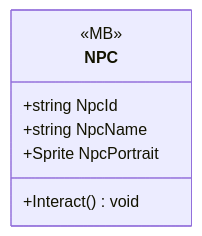
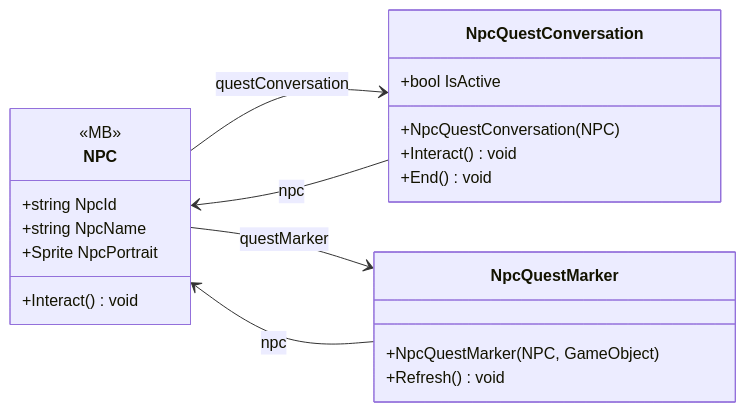
The diagram in docs/uml/modules/Gameplay_Entities_NPCs.md (PhumipatWave/project-ocean), drawn with Mermaid before and after one commit. The commit also changed other lines of this file and 71 other files, not shown here.

Commit message:
Update UML diagrams

````diff
--- a/docs/uml/modules/Gameplay_Entities_NPCs.md
+++ b/docs/uml/modules/Gameplay_Entities_NPCs.md
@@ -7,11 +7,25 @@
 ```mermaid
 classDiagram
   direction LR
   class NPC {
     <<MB>>
     +string NpcId
     +string NpcName
     +Sprite NpcPortrait
     +Interact() void
   }
+  class NpcQuestConversation {
+    +bool IsActive
+    +NpcQuestConversation(NPC)
+    +Interact() void
+    +End() void
+  }
+  class NpcQuestMarker {
+    +NpcQuestMarker(NPC, GameObject)
+    +Refresh() void
+  }
+  NPC --> NpcQuestConversation : questConversation
+  NPC --> NpcQuestMarker : questMarker
+  NpcQuestConversation --> NPC : npc
+  NpcQuestMarker --> NPC : npc
 ```
````
